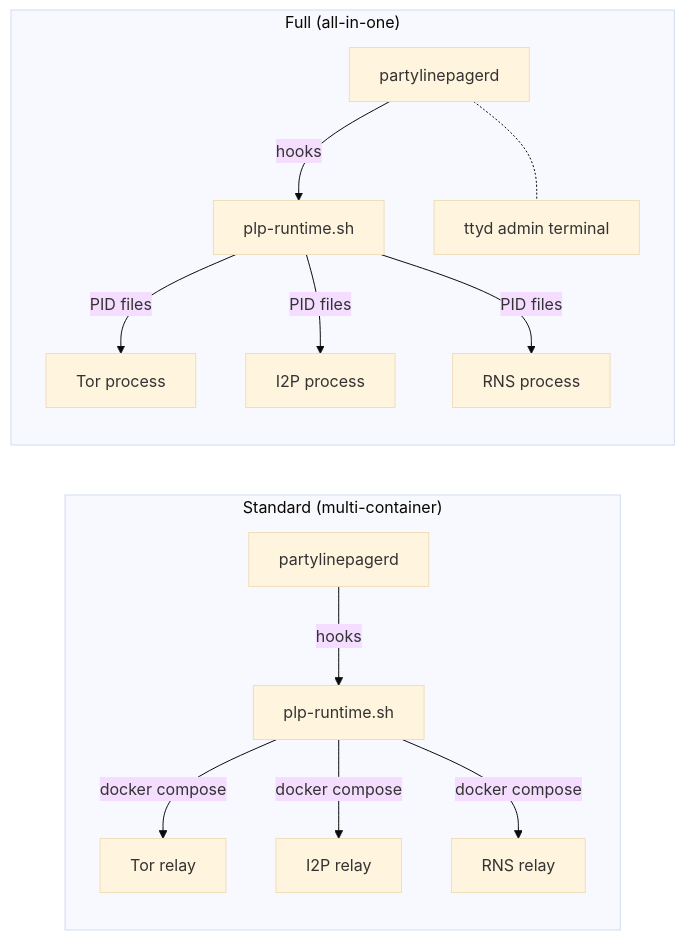
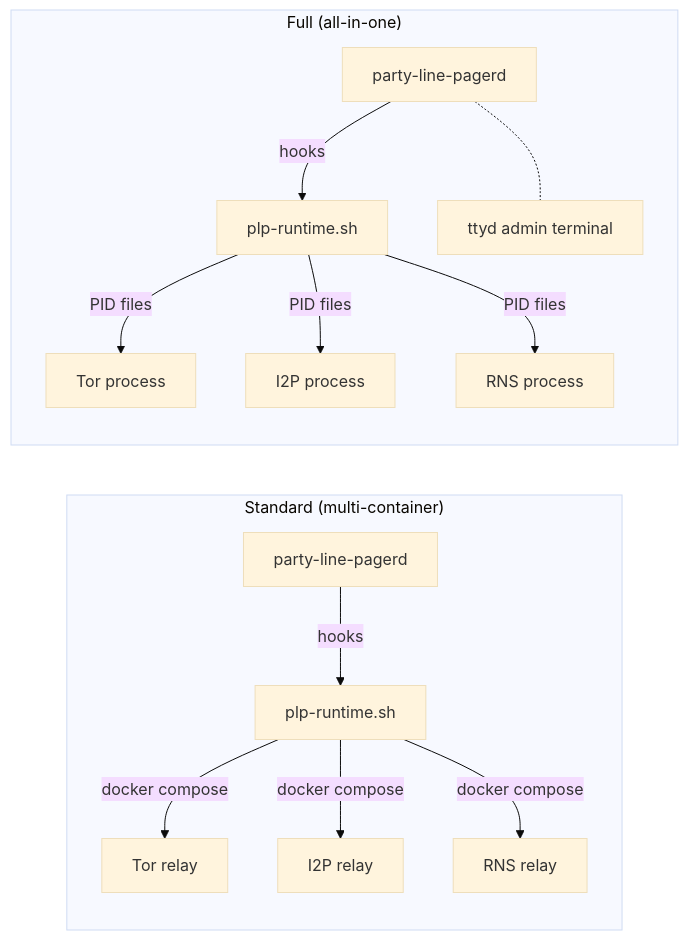
The diagram in docs/reference/architecture.md (MarcusHoltz/party-line-pager), drawn with Mermaid (base theme) before and after one commit. The commit also changed other lines of this file and 172 other files, not shown here.

````diff
--- a/docs/reference/architecture.md
+++ b/docs/reference/architecture.md
@@ -26,19 +26,19 @@
 ``` mermaid
 graph LR
   subgraph standard ["Standard (multi-container)"]
     direction TB
-    D1[partylinepagerd] -- hooks --> R1[plp-runtime.sh]
+    D1[party-line-pagerd] -- hooks --> R1[plp-runtime.sh]
     R1 -- docker compose --> T1[Tor relay]
     R1 -- docker compose --> T2[I2P relay]
     R1 -- docker compose --> T3[RNS relay]
   end
 
   subgraph full ["Full (all-in-one)"]
     direction TB
-    D2[partylinepagerd] -- hooks --> R2[plp-runtime.sh]
+    D2[party-line-pagerd] -- hooks --> R2[plp-runtime.sh]
     R2 -- PID files --> T4[Tor process]
     R2 -- PID files --> T5[I2P process]
     R2 -- PID files --> T6[RNS process]
     D2 -.- TT[ttyd admin terminal]
   end
 ```
````
